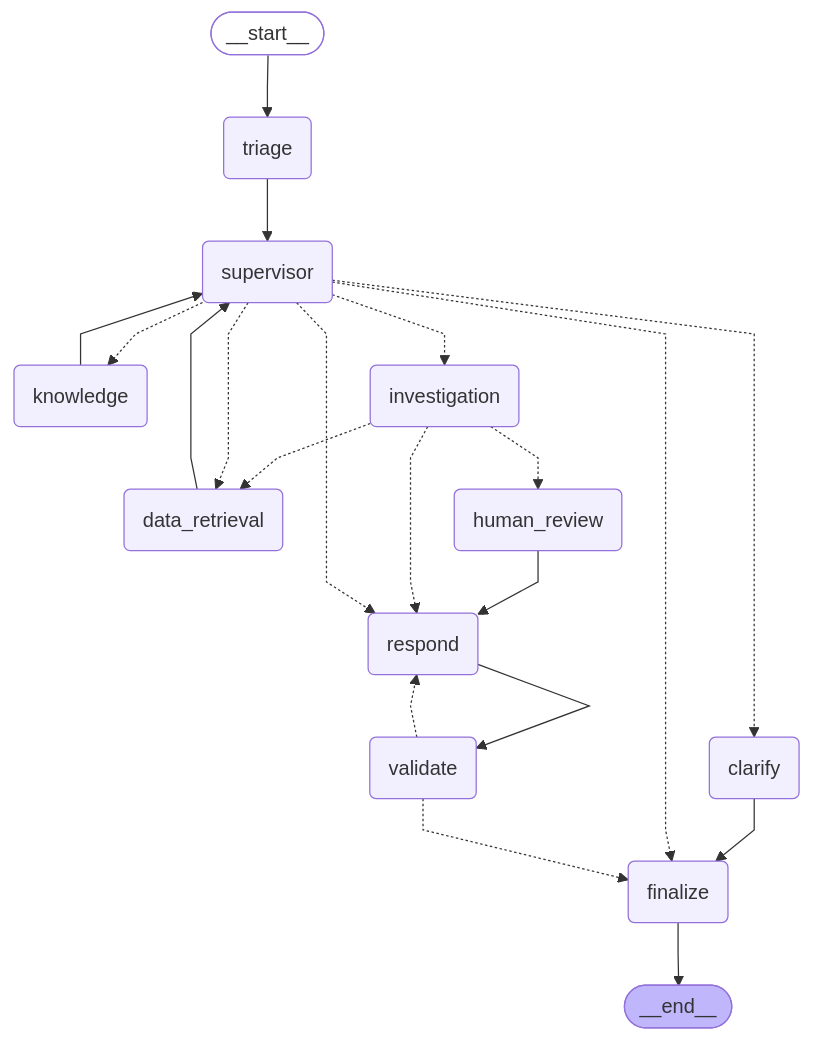
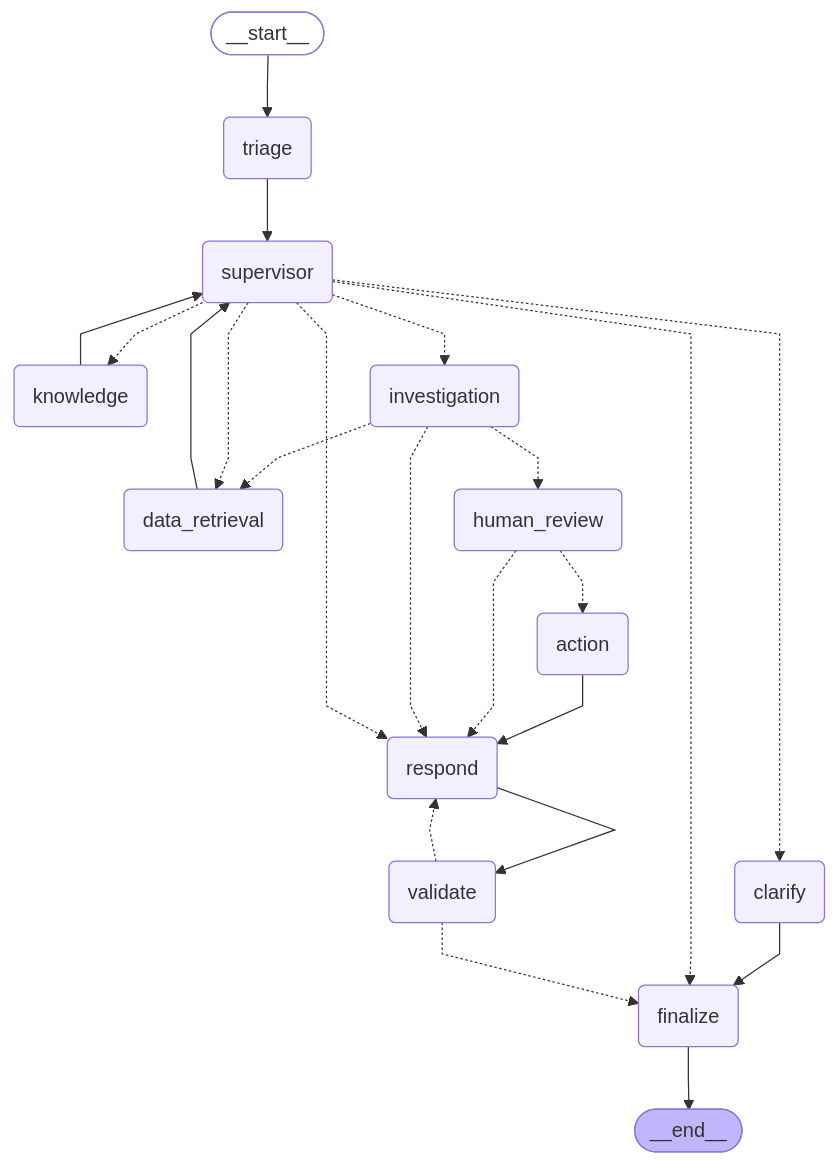
The diagram in docs/agent-graph.md (maharshi566/ORM_AI), drawn with Mermaid before and after one commit. The commit also changed 40 other files, not shown here.

````diff
--- a/docs/agent-graph.md
+++ b/docs/agent-graph.md
@@ -8,42 +8,45 @@
 ```mermaid
 ---
 config:
   flowchart:
     curve: linear
 ---
 graph TD;
 	__start__([<p>__start__</p>]):::first
 	triage(triage)
 	supervisor(supervisor)
 	data_retrieval(data_retrieval)
 	knowledge(knowledge)
 	investigation(investigation)
 	human_review(human_review)
+	action(action)
 	respond(respond)
 	validate(validate)
 	clarify(clarify)
 	finalize(finalize)
 	__end__([<p>__end__</p>]):::last
 	__start__ --> triage;
+	action --> respond;
 	clarify --> finalize;
 	data_retrieval --> supervisor;
-	human_review --> respond;
+	human_review -.-> action;
+	human_review -.-> respond;
 	investigation -.-> data_retrieval;
 	investigation -.-> human_review;
 	investigation -.-> respond;
 	knowledge --> supervisor;
 	respond --> validate;
 	supervisor -.-> clarify;
 	supervisor -.-> data_retrieval;
 	supervisor -.-> finalize;
 	supervisor -.-> investigation;
 	supervisor -.-> knowledge;
 	supervisor -.-> respond;
 	triage --> supervisor;
 	validate -.-> finalize;
 	validate -.-> respond;
 	finalize --> __end__;
 	classDef default fill:#f2f0ff,line-height:1.2
 	classDef first fill-opacity:0
 	classDef last fill:#bfb6fc
 ```
````
